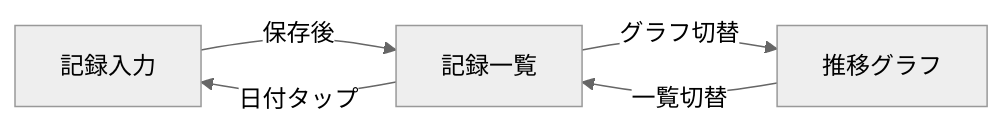
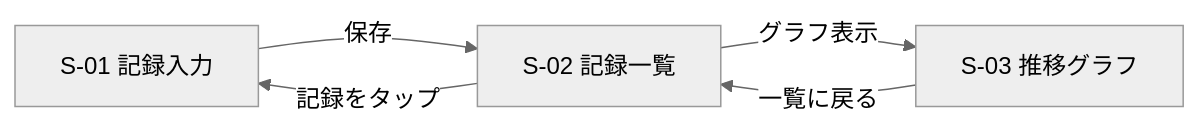
One commit to HaraRyonosuke/condition-tracker changed the first of 4 diagrams in docs/design.md. Above: the diagram before and after it, drawn with Mermaid (neutral theme). The commit also changed other lines of this file and 7 other files, not shown here.

````diff
--- a/docs/design.md
+++ b/docs/design.md
@@ -18,7 +15,7 @@
 ```mermaid
 graph LR
-    S01[記録入力] -->|保存後| S02[記録一覧]
-    S02 -->|日付タップ| S01
-    S02 -->|グラフ切替| S03[推移グラフ]
-    S03 -->|一覧切替| S02
+    S01[S-01 記録入力] -->|保存| S02[S-02 記録一覧]
+    S02 -->|記録をタップ| S01
+    S02 -->|グラフ表示| S03[S-03 推移グラフ]
+    S03 -->|一覧に戻る| S02
 ```
````
